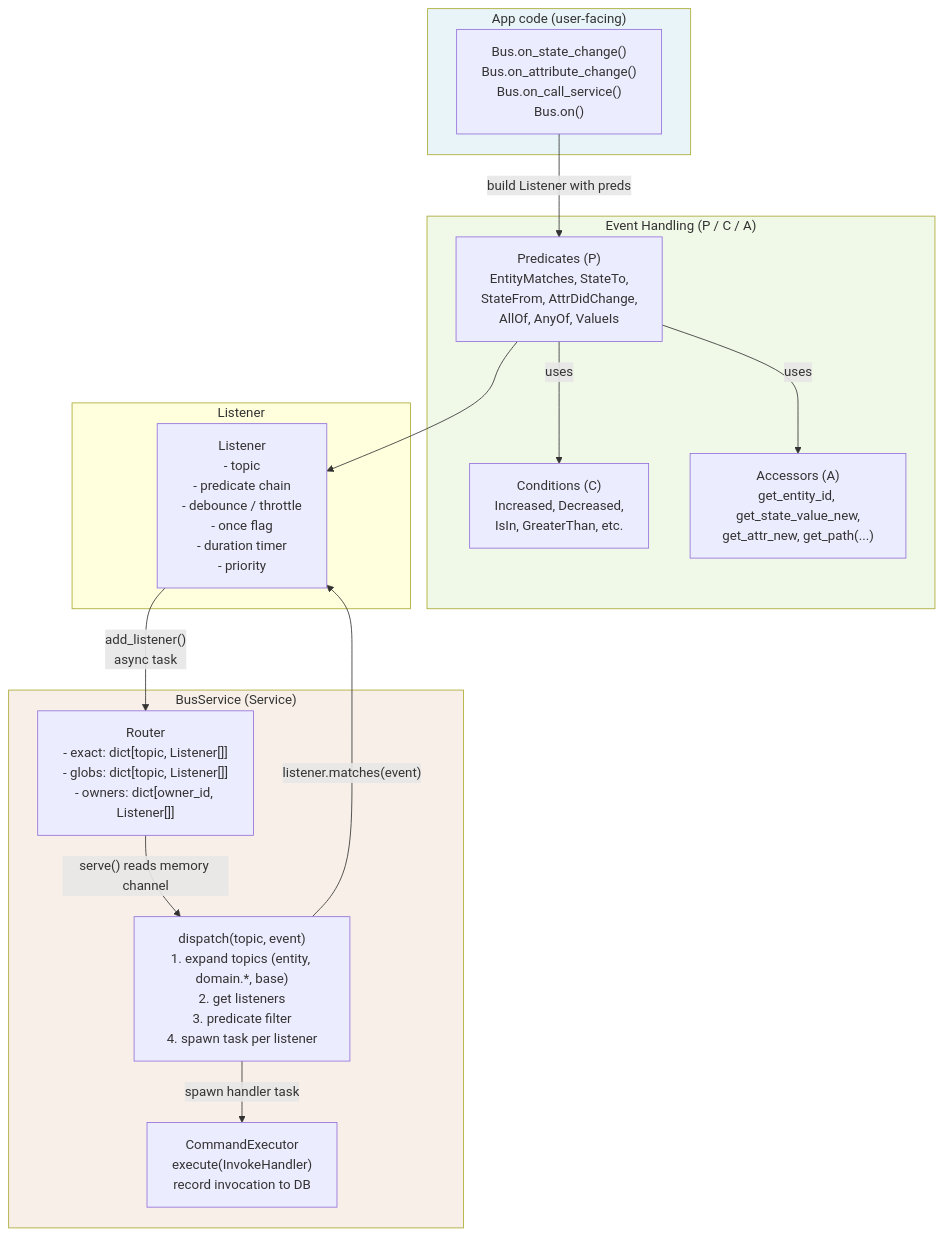
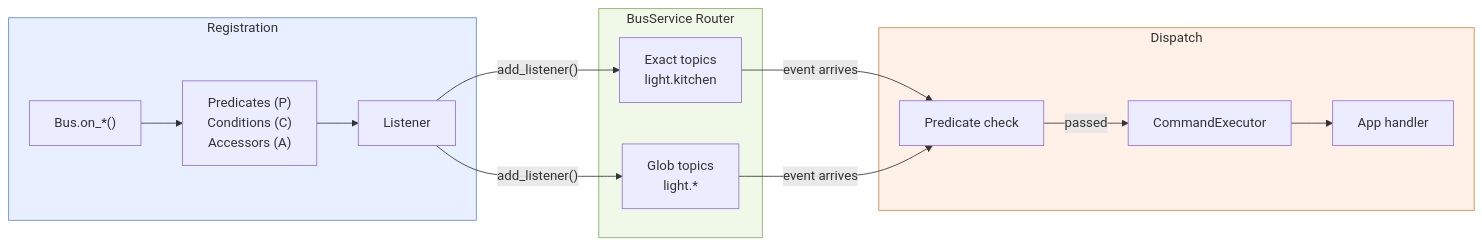
The fifth of 10 diagrams in docs/pages/core-concepts/internals.md (NodeJSmith/hassette), drawn with Mermaid before and after one commit. The commit also changed other lines of this file, not shown here.

First line of the commit message:
docs: rework all architecture diagrams for readability

````diff
--- a/docs/pages/core-concepts/internals.md
+++ b/docs/pages/core-concepts/internals.md
@@ -202,38 +225,31 @@
 ```mermaid
-flowchart TD
-    accTitle: Bus Subsystem Internal Structure
-    accDescr: How the Bus resource, BusService, and Router work together for event routing
+flowchart LR
+    accTitle: Bus Event Routing
+    accDescr: From app subscription through predicate filtering to handler invocation
 
-    subgraph user["App code (user-facing)"]
-        BSub["Bus.on_state_change()\nBus.on_attribute_change()\nBus.on_call_service()\nBus.on()"]
+    subgraph registration["Registration"]
+        on["Bus.on_*()"]
+        pca["Predicates (P)<br/>Conditions (C)<br/>Accessors (A)"]
+        L["Listener"]
+        on --> pca --> L
     end
 
-    subgraph predicates["Event Handling (P / C / A)"]
-        P["Predicates (P)\nEntityMatches, StateTo,\nStateFrom, AttrDidChange,\nAllOf, AnyOf, ValueIs"]
-        C["Conditions (C)\nIncreased, Decreased,\nIsIn, GreaterThan, etc."]
-        A["Accessors (A)\nget_entity_id, get_state_value_new,\nget_attr_new, get_path(...)"]
+    subgraph routing["BusService Router"]
+        exact["Exact topics<br/>light.kitchen"]
+        glob["Glob topics<br/>light.*"]
     end
 
-    subgraph listener["Listener"]
-        L["Listener\n- topic\n- predicate chain\n- debounce / throttle\n- once flag\n- duration timer\n- priority"]
+    subgraph dispatch["Dispatch"]
+        match["Predicate check"]
+        exec["CommandExecutor"]
+        handler["App handler"]
     end
 
-    subgraph service["BusService (Service)"]
-        Router["Router\n- exact: dict[topic, Listener[]]\n- globs: dict[topic, Listener[]]\n- owners: dict[owner_id, Listener[]]"]
-        Dispatch["dispatch(topic, event)\n1. expand topics (entity, domain.*, base)\n2. get listeners\n3. predicate filter\n4. spawn task per listener"]
-        CE["CommandExecutor\nexecute(InvokeHandler)\nrecord invocation to DB"]
-    end
+    L -- "add_listener()" --> exact & glob
+    exact & glob -- "event arrives" --> match
+    match -- "passed" --> exec --> handler
 
-    BSub -->|"build Listener with preds"| P
-    P -->|"uses"| C
-    P -->|"uses"| A
-    P --> L
-    L -->|"add_listener()\nasync task"| Router
-    Router -->|"serve() reads memory channel"| Dispatch
-    Dispatch -->|"listener.matches(event)"| L
-    Dispatch -->|"spawn handler task"| CE
-
-    style user fill:#e8f4f8
-    style predicates fill:#f0f8e8
-    style service fill:#f8f0e8
+    style registration fill:#e8f0ff,stroke:#6688cc
+    style routing fill:#f0f8e8,stroke:#88aa66
+    style dispatch fill:#fff0e8,stroke:#cc8844
 ```
````
